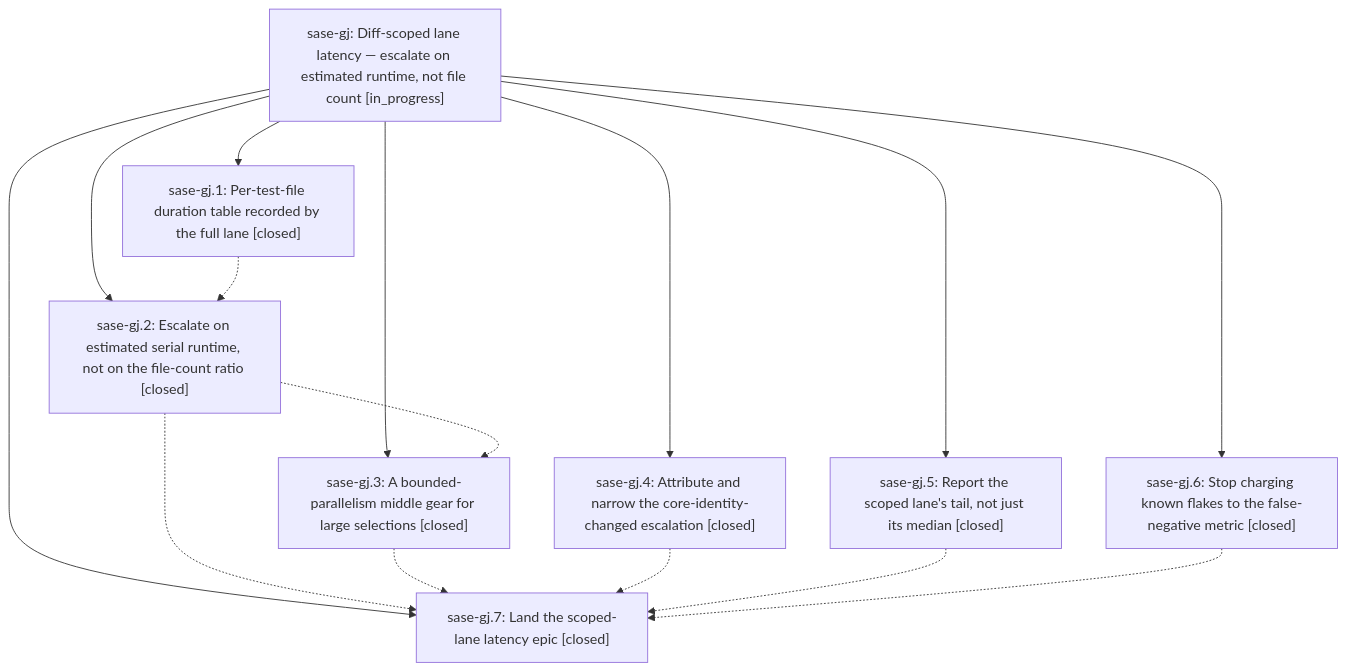
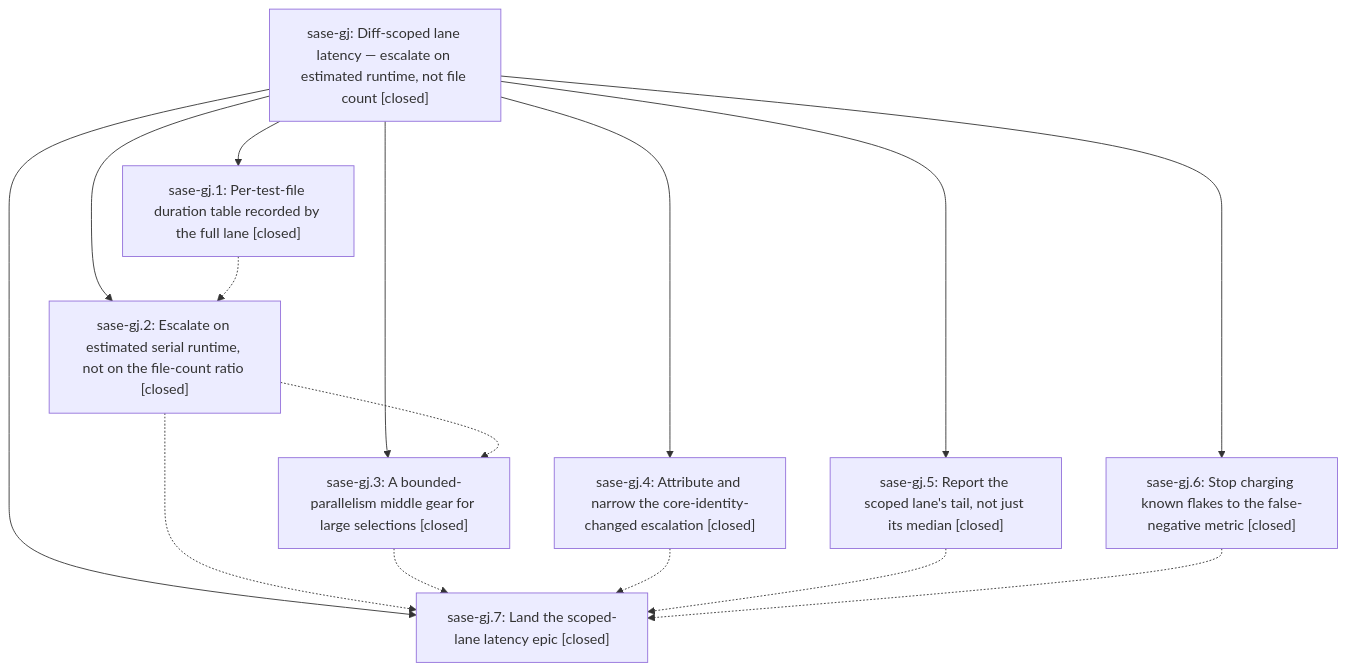
One commit to sase-org/sase--beads changed the diagram in pages/sase-gj/README.md. Above: the diagram before and after it, drawn with Mermaid. The commit also changed other lines of this file, not shown here.

First line of the commit message:
chore(beads): sync bead state and pages for sase-gj

````diff
--- a/pages/sase-gj/README.md
+++ b/pages/sase-gj/README.md
@@ -28,25 +49,25 @@
 ```mermaid
 flowchart TD
-    n0["sase-gj: Diff-scoped lane latency — escalate on estimated runtime, not file count [in_progress]"]
+    n0["sase-gj: Diff-scoped lane latency — escalate on estimated runtime, not file count [closed]"]
     n1["sase-gj.1: Per-test-file duration table recorded by the full lane [closed]"]
     n2["sase-gj.2: Escalate on estimated serial runtime, not on the file-count ratio [closed]"]
     n3["sase-gj.3: A bounded-parallelism middle gear for large selections [closed]"]
     n4["sase-gj.4: Attribute and narrow the core-identity-changed escalation [closed]"]
     n5["sase-gj.5: Report the scoped lane's tail, not just its median [closed]"]
     n6["sase-gj.6: Stop charging known flakes to the false-negative metric [closed]"]
     n7["sase-gj.7: Land the scoped-lane latency epic [closed]"]
     n0 --> n1
     n0 --> n2
     n0 --> n3
     n0 --> n4
     n0 --> n5
     n0 --> n6
     n0 --> n7
     n1 -.-> n2
     n2 -.-> n3
     n2 -.-> n7
     n3 -.-> n7
     n4 -.-> n7
     n5 -.-> n7
     n6 -.-> n7
 ```
````
